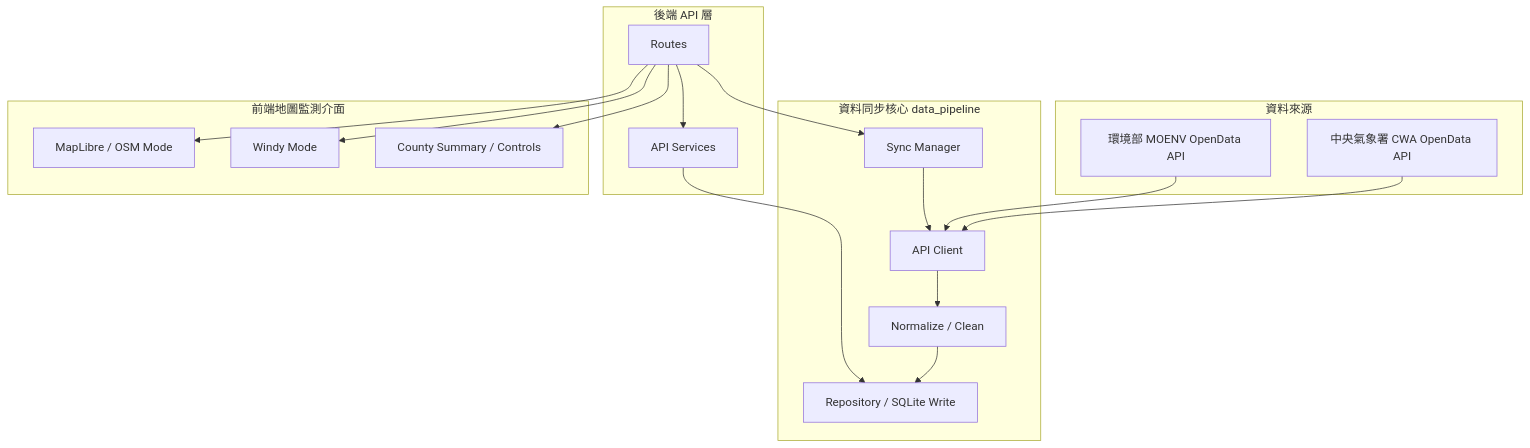
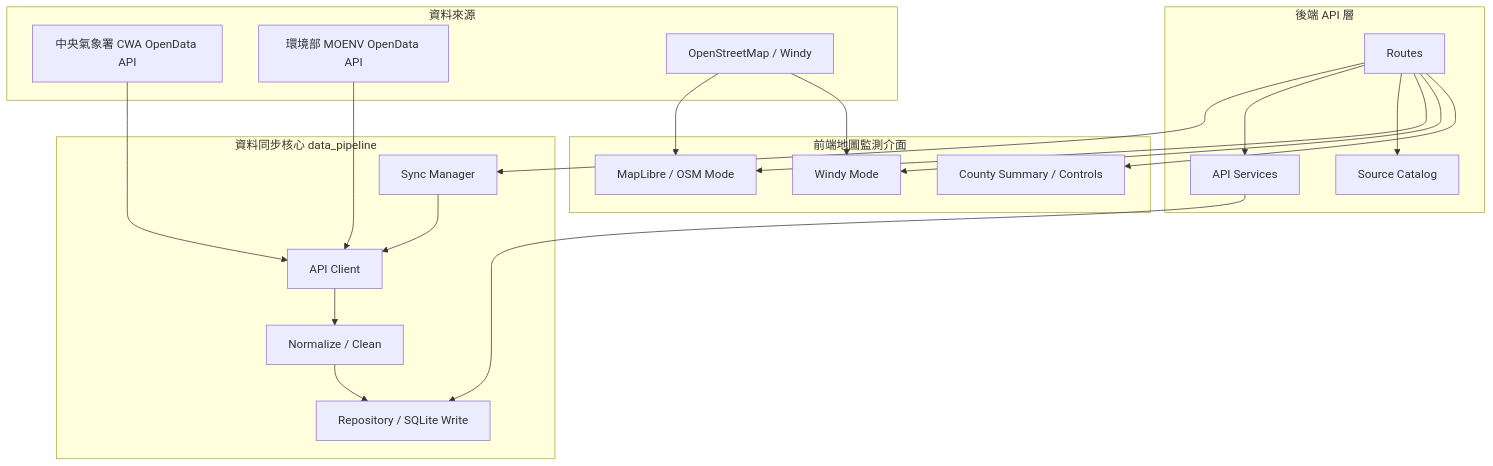
The diagram in README.md (dec591nyc/Cwa-Weather-Crawler), drawn with Mermaid before and after one commit. The commit also changed other lines of this file, not shown here.

Commit message:
Update README for AQI API sources and new observation metrics

````diff
--- a/README.md
+++ b/README.md
@@ -34,37 +35,42 @@
 ```mermaid
 flowchart TD
     subgraph "資料來源"
         A[中央氣象署 CWA OpenData API]
         B[環境部 MOENV OpenData API]
+        C[OpenStreetMap / Windy]
     end
 
     subgraph "資料同步核心 data_pipeline"
-        C[API Client]
-        D[Normalize / Clean]
-        E[Repository / SQLite Write]
+        D[API Client]
+        E[Normalize / Clean]
+        F[Repository / SQLite Write]
         M[Sync Manager]
     end
 
     subgraph "後端 API 層"
         R[Routes]
         S[API Services]
+        Q[Source Catalog]
     end
 
     subgraph "前端地圖監測介面"
         G[MapLibre / OSM Mode]
         H[Windy Mode]
         I[County Summary / Controls]
     end
 
-    A --> C
-    B --> C
-    C --> D
+    A --> D
+    B --> D
     D --> E
-    M --> C
+    E --> F
+    M --> D
     R --> M
     R --> S
-    S --> E
+    R --> Q
+    S --> F
     R --> G
     R --> H
     R --> I
+    C --> G
+    C --> H
 ```
````
